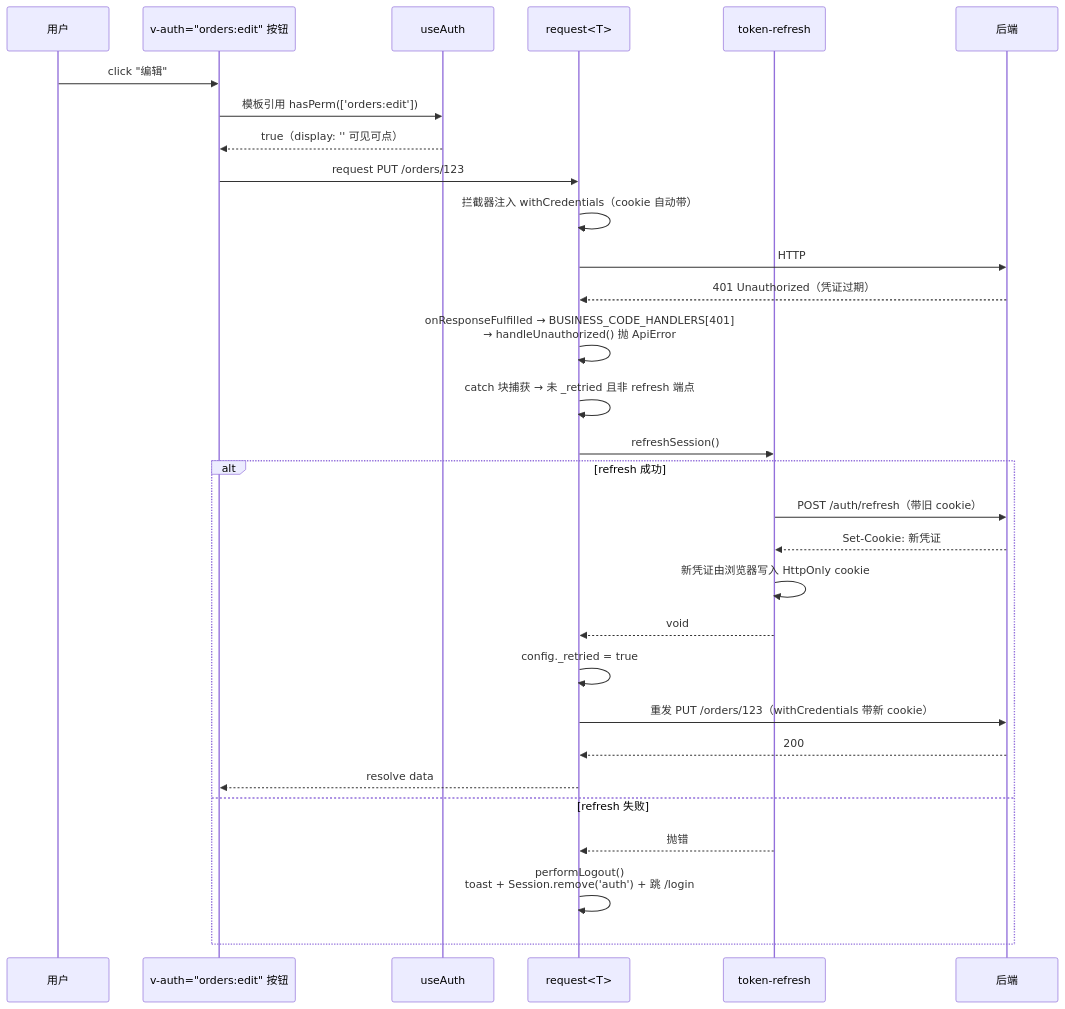
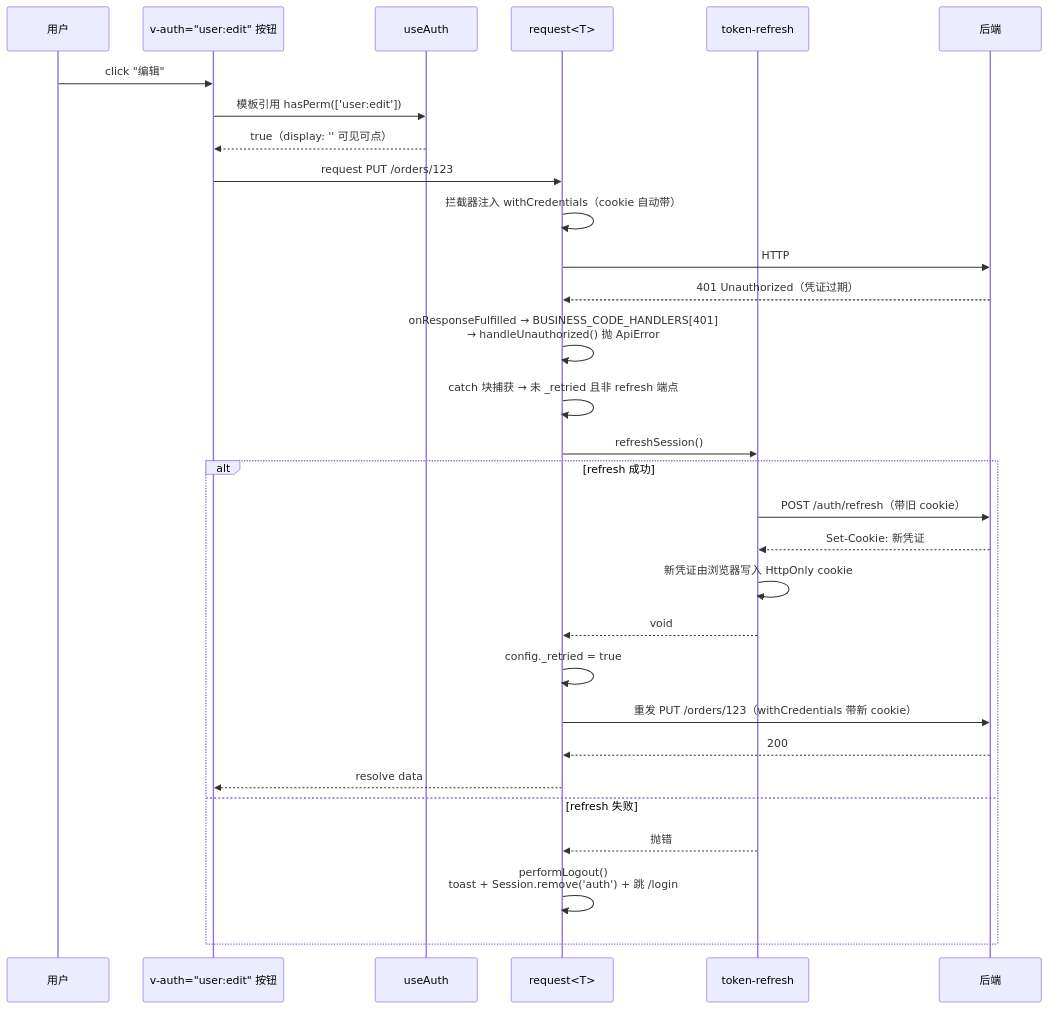
Before and after one commit to Mr-Super-X/vue3-vite-project: the third of 7 diagrams in docs/23-权限设计.md, drawn with Mermaid. The commit also changed other lines of this file and 23 other files, not shown here.

````diff
--- a/docs/23-权限设计.md
+++ b/docs/23-权限设计.md
@@ -108,33 +108,33 @@
 ```mermaid
 sequenceDiagram
   participant U as 用户
-  participant B as v-auth="orders:edit" 按钮
+  participant B as v-auth="user:edit" 按钮
   participant C as useAuth
   participant H as request<T>
   participant T as token-refresh
   participant K as 后端
 
   U->>B: click "编辑"
-  B->>C: 模板引用 hasPerm(['orders:edit'])
+  B->>C: 模板引用 hasPerm(['user:edit'])
   C-->>B: true（display: '' 可见可点）
   B->>H: request PUT /orders/123
   H->>H: 拦截器注入 withCredentials（cookie 自动带）
   H->>K: HTTP
   K-->>H: 401 Unauthorized（凭证过期）
   H->>H: onResponseFulfilled → BUSINESS_CODE_HANDLERS[401]<br/>→ handleUnauthorized() 抛 ApiError
   H->>H: catch 块捕获 → 未 _retried 且非 refresh 端点
   H->>T: refreshSession()
   alt refresh 成功
     T->>K: POST /auth/refresh（带旧 cookie）
     K-->>T: Set-Cookie: 新凭证
     T->>T: 新凭证由浏览器写入 HttpOnly cookie
     T-->>H: void
     H->>H: config._retried = true
     H->>K: 重发 PUT /orders/123（withCredentials 带新 cookie）
     K-->>H: 200
     H-->>B: resolve data
   else refresh 失败
     T-->>H: 抛错
     H->>H: performLogout()<br/>toast + Session.remove('auth') + 跳 /login
   end
 ```
````
